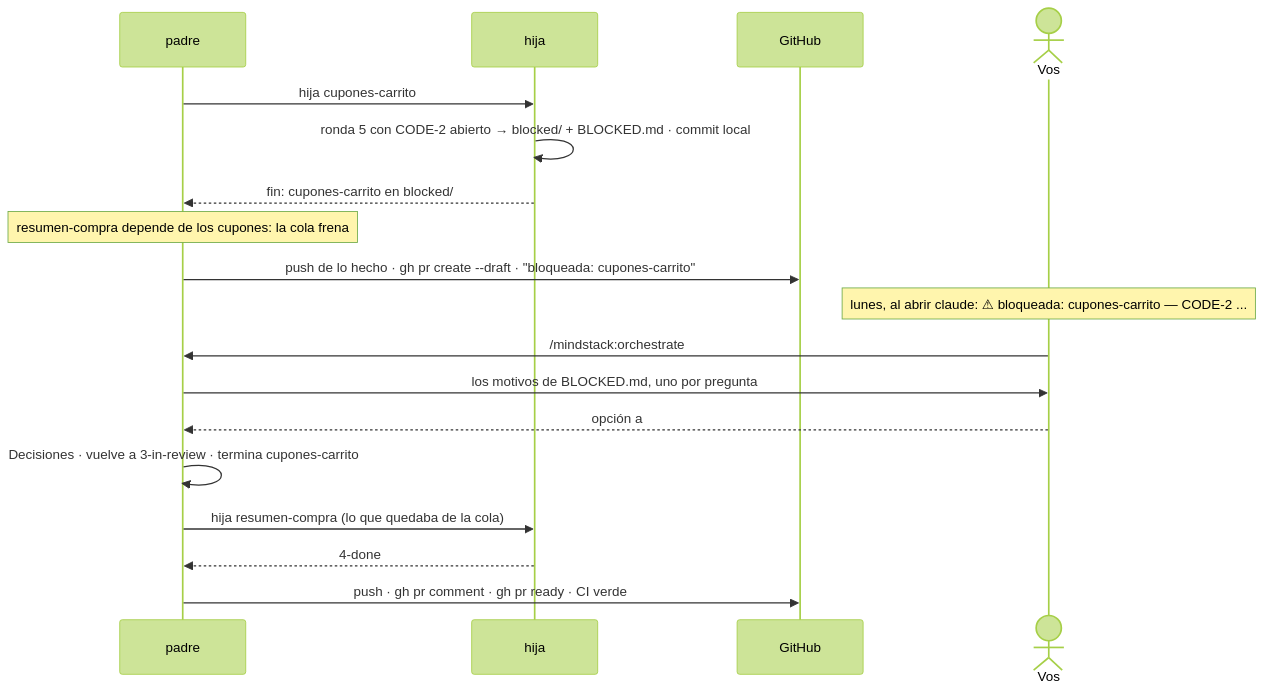
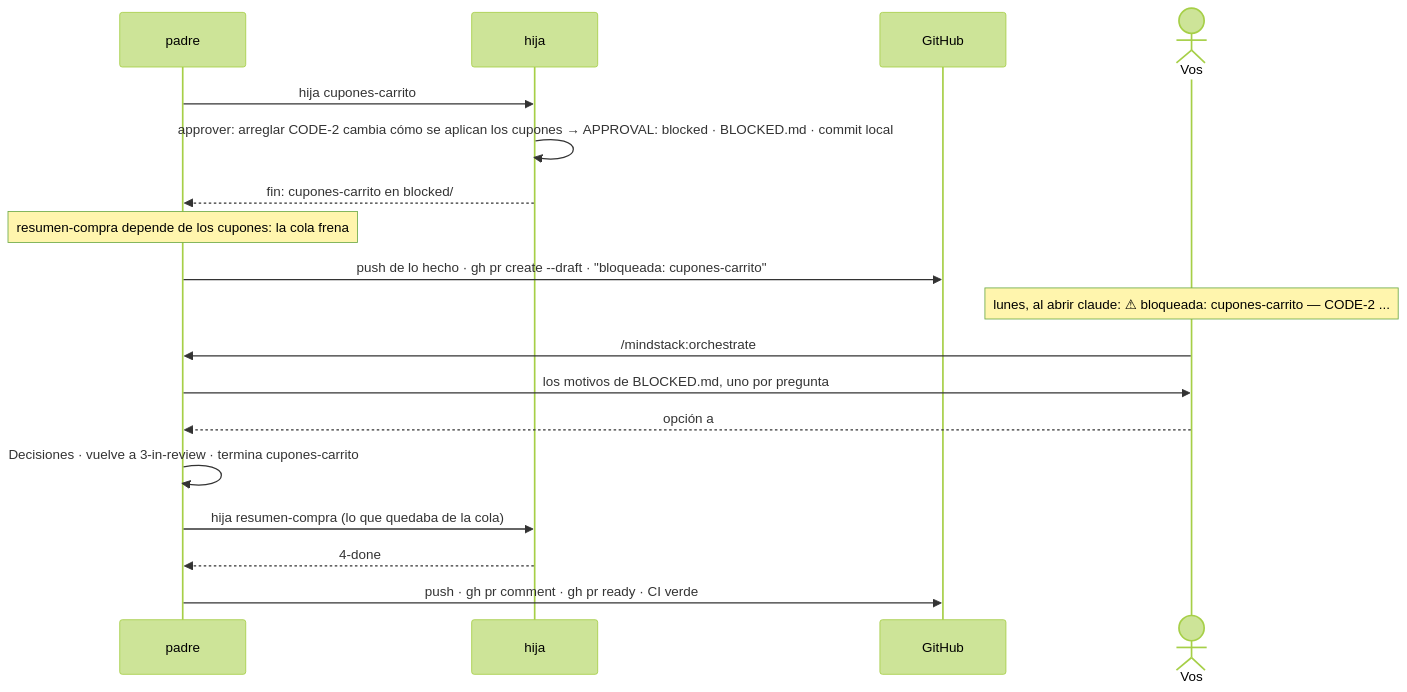
The second of 2 diagrams in use-cases/08-queue.md (octavio-parozlabs/mindstack), drawn with Mermaid (forest theme) before and after one commit. The commit also changed 20 other files, not shown here.

````diff
--- a/use-cases/08-queue.md
+++ b/use-cases/08-queue.md
@@ -52,20 +52,20 @@
 ```mermaid
 sequenceDiagram
     participant O as padre
     participant H as hija
     participant G as GitHub
     actor U as Vos
     O->>H: hija cupones-carrito
-    H->>H: ronda 5 con CODE-2 abierto → blocked/ + BLOCKED.md · commit local
+    H->>H: approver: arreglar CODE-2 cambia cómo se aplican los cupones → APPROVAL: blocked · BLOCKED.md · commit local
     H-->>O: fin: cupones-carrito en blocked/
     Note over O: resumen-compra depende de los cupones: la cola frena
     O->>G: push de lo hecho · gh pr create --draft · "bloqueada: cupones-carrito"
     Note over U: lunes, al abrir claude: ⚠ bloqueada: cupones-carrito — CODE-2 ...
     U->>O: /mindstack:orchestrate
     O->>U: los motivos de BLOCKED.md, uno por pregunta
     U-->>O: opción a
     O->>O: Decisiones · vuelve a 3-in-review · termina cupones-carrito
     O->>H: hija resumen-compra (lo que quedaba de la cola)
     H-->>O: 4-done
     O->>G: push · gh pr comment · gh pr ready · CI verde
 ```
````
